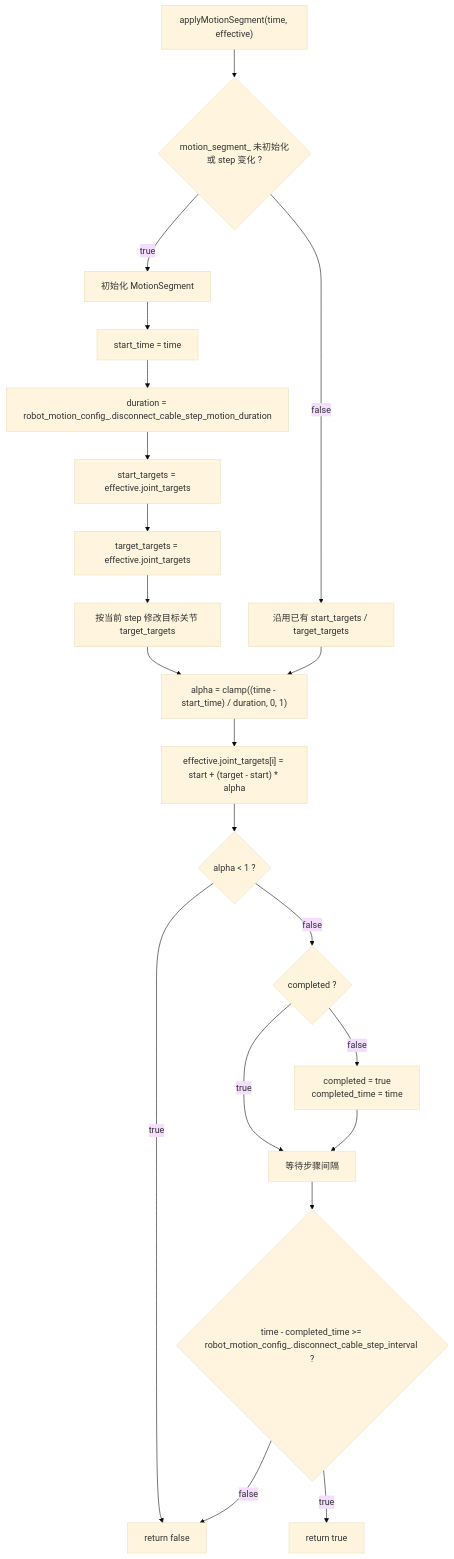
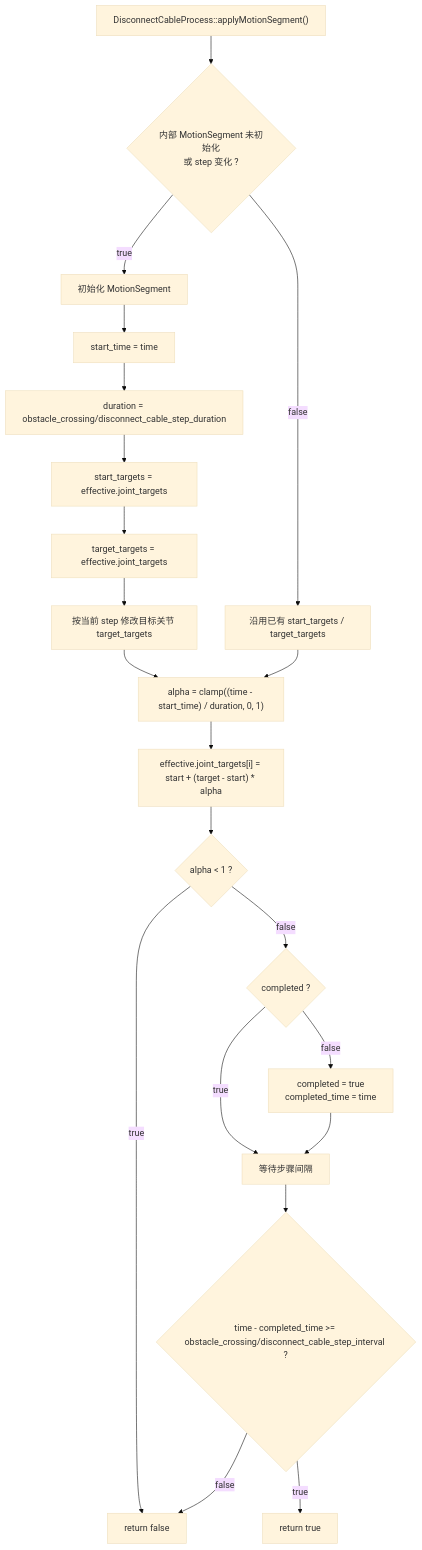
One commit to major173/b29_control changed the tenth of 12 diagrams in b29_controllers/b29_smc_auto_controller/OBSTACLE_CROSSING_WORKFLOW.md. Above: the diagram before and after it, drawn with Mermaid (base theme). The commit also changed other lines of this file and 63 other files, not shown here.

Commit message:
Complete the development of the obstacle crossing workflow, integrate the motion planner, and enable lower-level remote control access during obstacle crossing.

````diff
--- a/b29_controllers/b29_smc_auto_controller/OBSTACLE_CROSSING_WORKFLOW.md
+++ b/b29_controllers/b29_smc_auto_controller/OBSTACLE_CROSSING_WORKFLOW.md
@@ -605,23 +580,23 @@
 ```mermaid
 flowchart TD
-  M0["applyMotionSegment(time, effective)"] --> M1{"motion_segment_ 未初始化\n或 step 变化 ?"}
+  M0["DisconnectCableProcess::applyMotionSegment()"] --> M1{"内部 MotionSegment 未初始化\n或 step 变化 ?"}
   M1 -- true --> M2["初始化 MotionSegment"]
   M2 --> M3["start_time = time"]
-  M3 --> M4["duration = robot_motion_config_.disconnect_cable_step_motion_duration"]
+  M3 --> M4["duration = obstacle_crossing/disconnect_cable_step_duration"]
   M4 --> M5["start_targets = effective.joint_targets"]
   M5 --> M6["target_targets = effective.joint_targets"]
   M6 --> M7["按当前 step 修改目标关节 target_targets"]
   M1 -- false --> M8["沿用已有 start_targets / target_targets"]
   M7 --> M9["alpha = clamp((time - start_time) / duration, 0, 1)"]
   M8 --> M9
   M9 --> M10["effective.joint_targets[i] = start + (target - start) * alpha"]
   M10 --> M11{"alpha < 1 ?"}
   M11 -- true --> M12["return false"]
   M11 -- false --> M13{"completed ?"}
   M13 -- false --> M14["completed = true\ncompleted_time = time"]
   M13 -- true --> M15["等待步骤间隔"]
   M14 --> M15
-  M15 --> M16{"time - completed_time >= robot_motion_config_.disconnect_cable_step_interval ?"}
+  M15 --> M16{"time - completed_time >= obstacle_crossing/disconnect_cable_step_interval ?"}
   M16 -- false --> M12
   M16 -- true --> M17["return true"]
 ```
````
